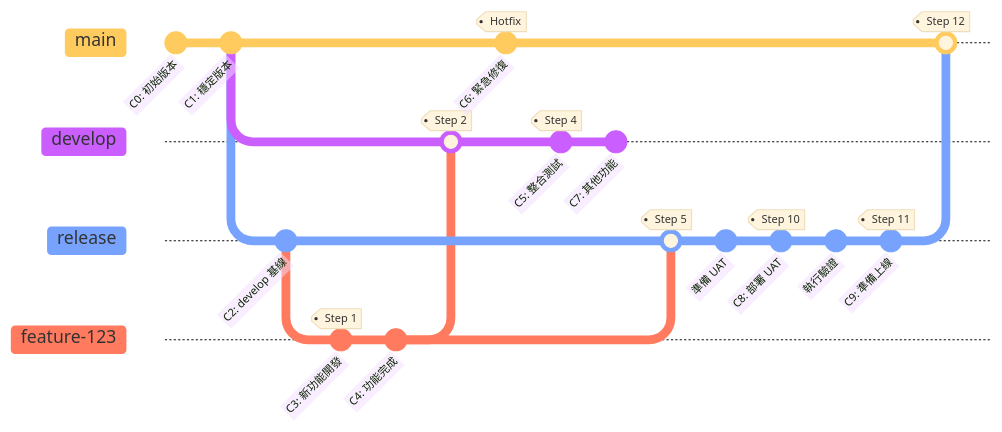
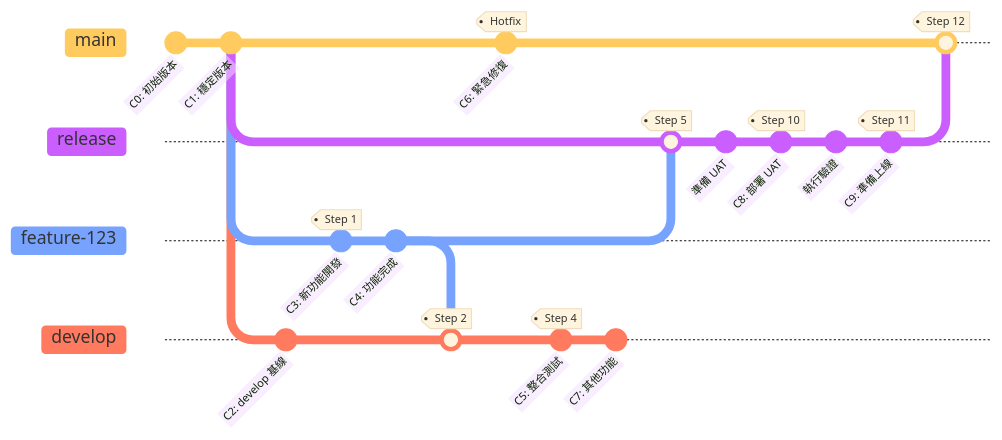
Before and after one commit to almightyken0425/KnowledgeVault: the second of 2 diagrams in SIT/ReleaseWorkFlow.md, drawn with Mermaid.

````diff
--- a/SIT/ReleaseWorkFlow.md
+++ b/SIT/ReleaseWorkFlow.md
@@ -127,36 +127,36 @@
 ```mermaid
 %%{init: {'theme':'base', 'gitGraph': {'showCommitLabel': true, 'mainBranchName': 'main'}}}%%
 gitGraph
     commit id: "C0: 初始版本"
     commit id: "C1: 穩定版本"
     
-    branch develop
-    branch release
+    branch release order: 2
+    branch develop order: 4
     commit id: "C2: develop 基線"
     
     checkout release
-    branch feature-123
+    branch feature-123 order: 3
     commit id: "C3: 新功能開發" tag: "Step 1"
     commit id: "C4: 功能完成"
     
     checkout develop
     merge feature-123 tag: "Step 2"
     
     checkout main
     commit id: "C6: 緊急修復" tag: "Hotfix"
     
     checkout develop
     commit id: "C5: 整合測試" tag: "Step 4"
     commit id: "C7: 其他功能"
     
     checkout release
     checkout release
     merge feature-123 tag: "Step 5"
     commit id: "準備 UAT"
     commit id: "C8: 部署 UAT" tag: "Step 10"
     commit id: "執行驗證"
     commit id: "C9: 準備上線" tag: "Step 11"
     
     checkout main
     merge release tag: "Step 12"
 ```
````
